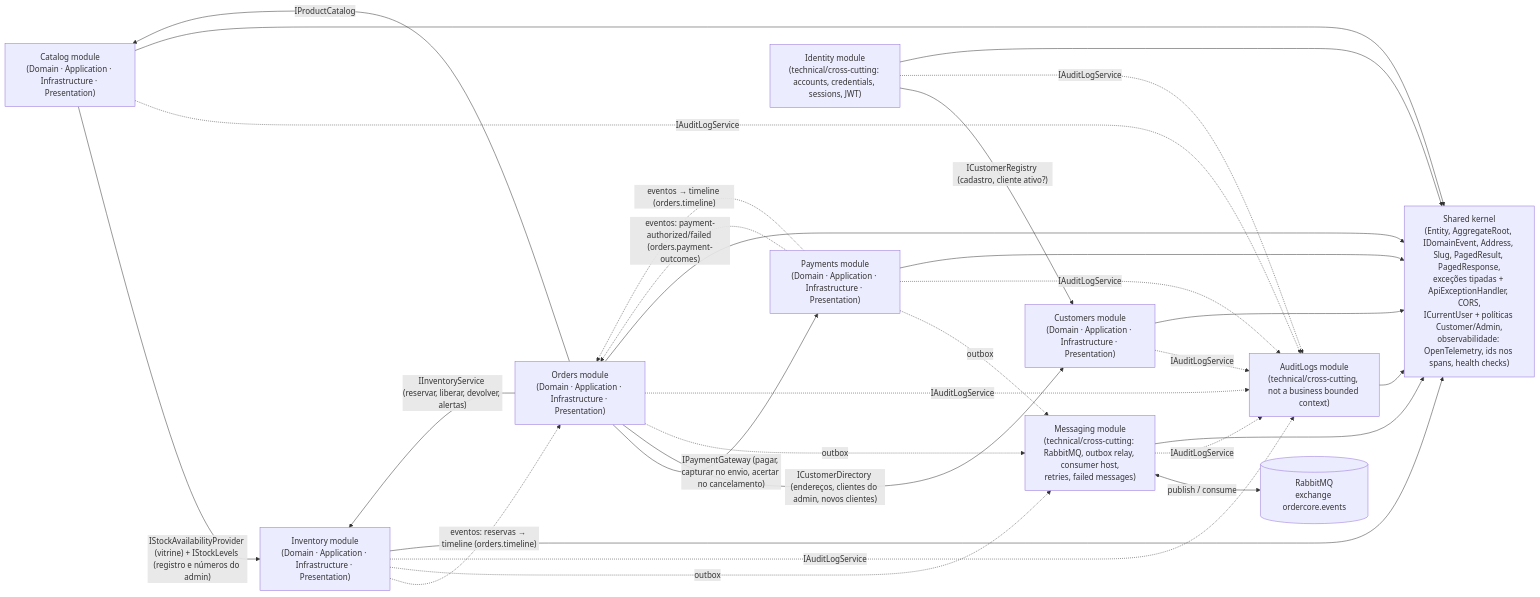
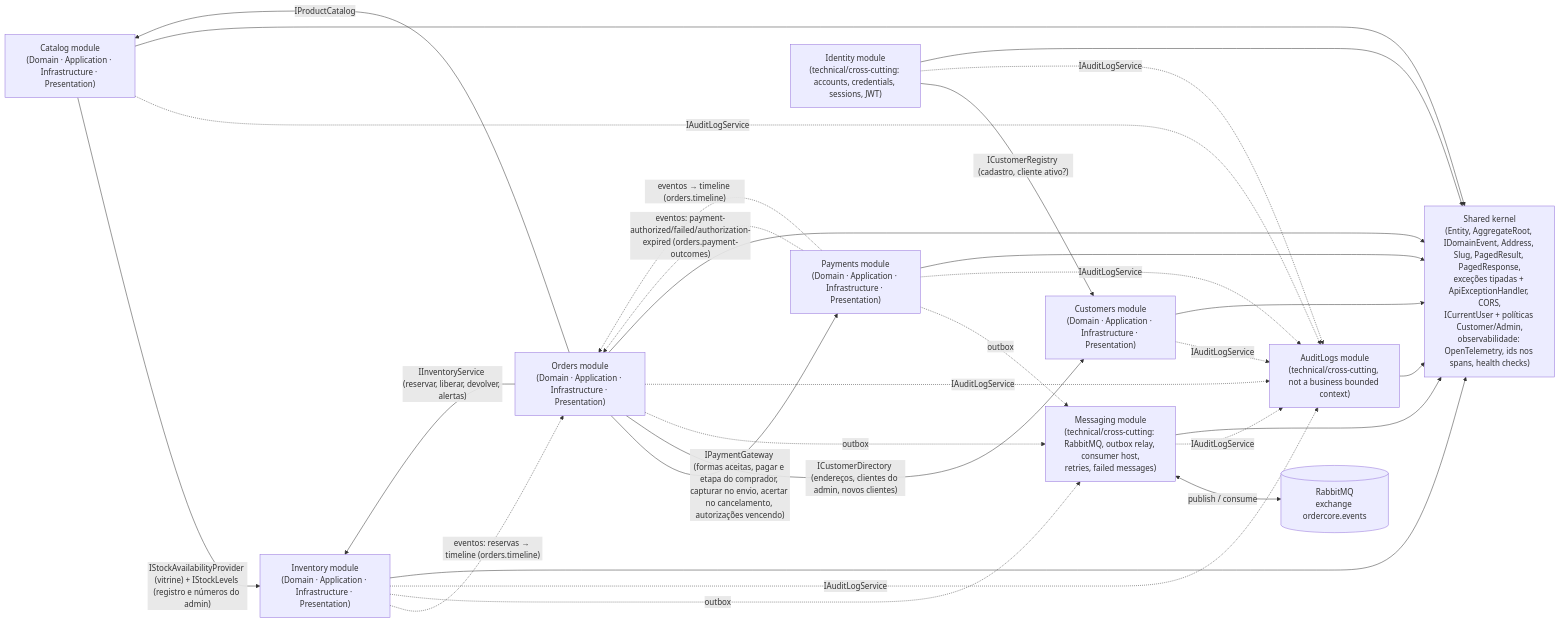
One commit to Leo-Slv/OrderCore changed the diagram in Docs/diagrams/implementation-class/00-overview.md. Above: the diagram before and after it, drawn with Mermaid. The commit also changed other lines of this file and 3 other files, not shown here.

Commit message:
docs(diagrams): Stripe provider, webhooks, payment window and reconciliation

````diff
--- a/Docs/diagrams/implementation-class/00-overview.md
+++ b/Docs/diagrams/implementation-class/00-overview.md
@@ -7,44 +7,44 @@
 ```mermaid
 graph LR
     Customers["Customers module\n(Domain · Application · Infrastructure · Presentation)"]
     Catalog["Catalog module\n(Domain · Application · Infrastructure · Presentation)"]
     Inventory["Inventory module\n(Domain · Application · Infrastructure · Presentation)"]
     Orders["Orders module\n(Domain · Application · Infrastructure · Presentation)"]
     Payments["Payments module\n(Domain · Application · Infrastructure · Presentation)"]
     AuditLogs["AuditLogs module\n(technical/cross-cutting, not a business bounded context)"]
     Identity["Identity module\n(technical/cross-cutting: accounts, credentials, sessions, JWT)"]
     Messaging["Messaging module\n(technical/cross-cutting: RabbitMQ, outbox relay, consumer host,\nretries, failed messages)"]
     Broker[("RabbitMQ\nexchange ordercore.events")]
     Shared["Shared kernel\n(Entity, AggregateRoot, IDomainEvent, Address, Slug, PagedResult, PagedResponse,\nexceções tipadas + ApiExceptionHandler, CORS,\nICurrentUser + políticas Customer/Admin,
 observabilidade: OpenTelemetry, ids nos spans, health checks)"]
 
     Orders -->|IProductCatalog| Catalog
     Orders -->|"IInventoryService (reservar, liberar, devolver, alertas)"| Inventory
-    Orders -->|"IPaymentGateway (pagar, capturar no envio, acertar no cancelamento)"| Payments
+    Orders -->|"IPaymentGateway (formas aceitas, pagar e etapa do comprador, capturar no envio, acertar no cancelamento, autorizações vencendo)"| Payments
     Orders -->|"ICustomerDirectory (endereços, clientes do admin, novos clientes)"| Customers
     Catalog -->|"IStockAvailabilityProvider (vitrine) + IStockLevels (registro e números do admin)"| Inventory
-    Payments -.->|"eventos: payment-authorized/failed (orders.payment-outcomes)"| Orders
+    Payments -.->|"eventos: payment-authorized/failed/authorization-expired (orders.payment-outcomes)"| Orders
     Payments -.->|"eventos → timeline (orders.timeline)"| Orders
     Inventory -.->|"eventos: reservas → timeline (orders.timeline)"| Orders
     Payments -.->|outbox| Messaging
     Orders -.->|outbox| Messaging
     Inventory -.->|outbox| Messaging
     Messaging <-->|publish / consume| Broker
     Messaging -.->|IAuditLogService| AuditLogs
     Orders -.->|IAuditLogService| AuditLogs
     Payments -.->|IAuditLogService| AuditLogs
     Inventory -.->|IAuditLogService| AuditLogs
     Catalog -.->|IAuditLogService| AuditLogs
     Customers -.->|IAuditLogService| AuditLogs
     Identity -->|"ICustomerRegistry (cadastro, cliente ativo?)"| Customers
     Identity -.->|IAuditLogService| AuditLogs
 
     Customers --> Shared
     Catalog --> Shared
     Inventory --> Shared
     Orders --> Shared
     Payments --> Shared
     AuditLogs --> Shared
     Identity --> Shared
     Messaging --> Shared
 ```
````
